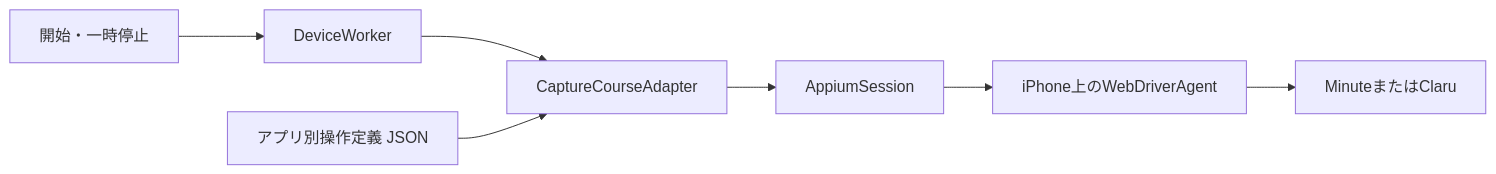
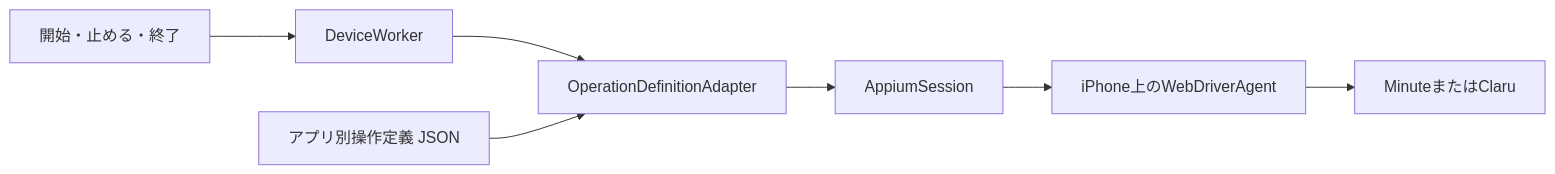
One commit to yudai-mori-2004/field-app-orchestrator changed the diagram in docs/architecture.md. Above: the diagram before and after it, drawn with Mermaid. The commit also changed other lines of this file and 10 other files, not shown here.

````diff
--- a/docs/architecture.md
+++ b/docs/architecture.md
@@ -7,9 +7,9 @@
 ```mermaid
 flowchart LR
-  input[開始・一時停止] --> worker[DeviceWorker]
-  worker --> adapter[CaptureCourseAdapter]
+  input[開始・止める・終了] --> worker[DeviceWorker]
+  worker --> adapter[OperationDefinitionAdapter]
   definition[アプリ別操作定義 JSON] --> adapter
   adapter --> session[AppiumSession]
   session --> wda[iPhone上のWebDriverAgent]
   wda --> app[MinuteまたはClaru]
 ```
````
